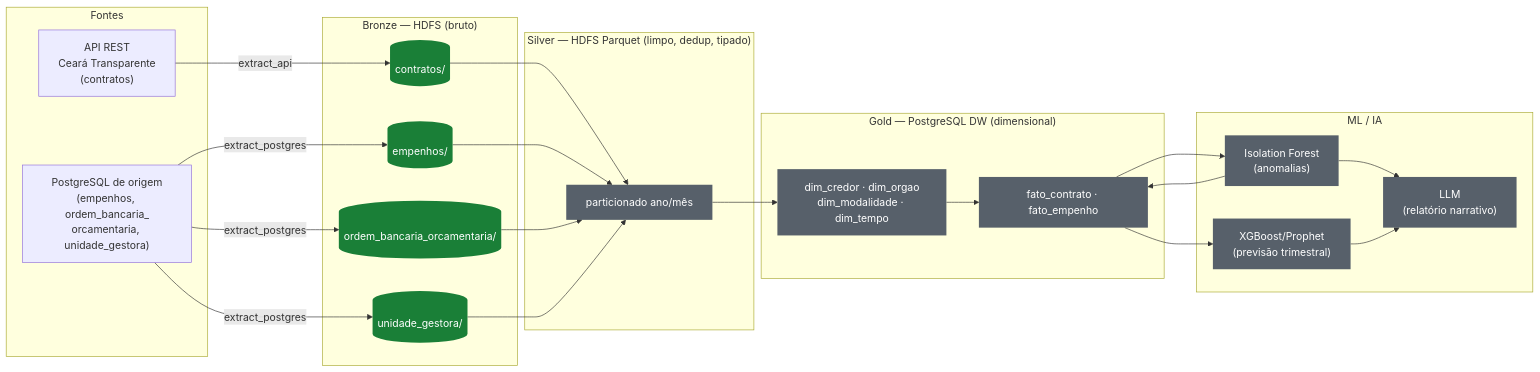
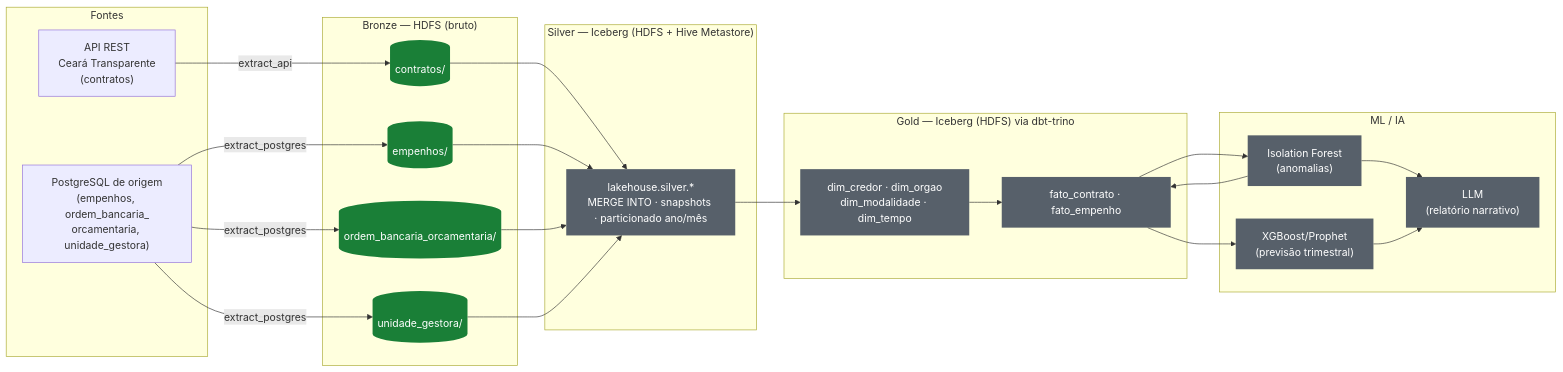
The first of 3 diagrams in documentacao/diagrama-arquitetura.md (jaimejrs/data-engineering-lab-PY03), drawn with Mermaid before and after one commit. The commit also changed other lines of this file and 42 other files, not shown here.

First line of the commit message:
Evolui pipeline para lakehouse: Silver Iceberg/Spark + Gold dbt-trino

````diff
--- a/documentacao/diagrama-arquitetura.md
+++ b/documentacao/diagrama-arquitetura.md
@@ -8,52 +10,52 @@
 ```mermaid
 flowchart LR
     subgraph Fontes
         API["API REST\nCeará Transparente\n(contratos)"]
         PG["PostgreSQL de origem\n(empenhos, ordem_bancaria_\norcamentaria, unidade_gestora)"]
     end
 
     subgraph Bronze["Bronze — HDFS (bruto)"]
         B_CONTRATOS[("contratos/")]
         B_EMPENHOS[("empenhos/")]
         B_OB[("ordem_bancaria_orcamentaria/")]
         B_UG[("unidade_gestora/")]
     end
 
-    subgraph Silver["Silver — HDFS Parquet (limpo, dedup, tipado)"]
-        S["particionado ano/mês"]
+    subgraph Silver["Silver — Iceberg (HDFS + Hive Metastore)"]
+        S["lakehouse.silver.*\nMERGE INTO · snapshots · particionado ano/mês"]
     end
 
-    subgraph Gold["Gold — PostgreSQL DW (dimensional)"]
+    subgraph Gold["Gold — Iceberg (HDFS) via dbt-trino"]
         DIM["dim_credor · dim_orgao\ndim_modalidade · dim_tempo"]
         FATO["fato_contrato · fato_empenho"]
     end
 
     subgraph MLIA["ML / IA"]
         M1["Isolation Forest\n(anomalias)"]
         M2["XGBoost/Prophet\n(previsão trimestral)"]
         LLM["LLM\n(relatório narrativo)"]
     end
 
     API -->|extract_api| B_CONTRATOS
     PG -->|extract_postgres| B_EMPENHOS
     PG -->|extract_postgres| B_OB
     PG -->|extract_postgres| B_UG
 
     B_CONTRATOS --> S
     B_EMPENHOS --> S
     B_OB --> S
     B_UG --> S
 
     S --> DIM --> FATO
     FATO --> M1 --> FATO
     FATO --> M2
     M1 --> LLM
     M2 --> LLM
 
     classDef done fill:#1a7f37,color:#fff,stroke:none;
     classDef partial fill:#9a6700,color:#fff,stroke:none;
     classDef pending fill:#57606a,color:#fff,stroke:none;
 
     class B_EMPENHOS,B_OB,B_UG,B_CONTRATOS done
     class S,DIM,FATO,M1,M2,LLM pending
 ```
````
